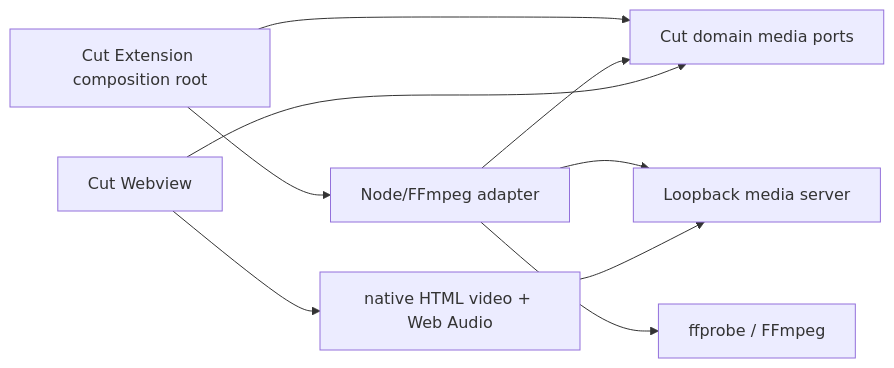
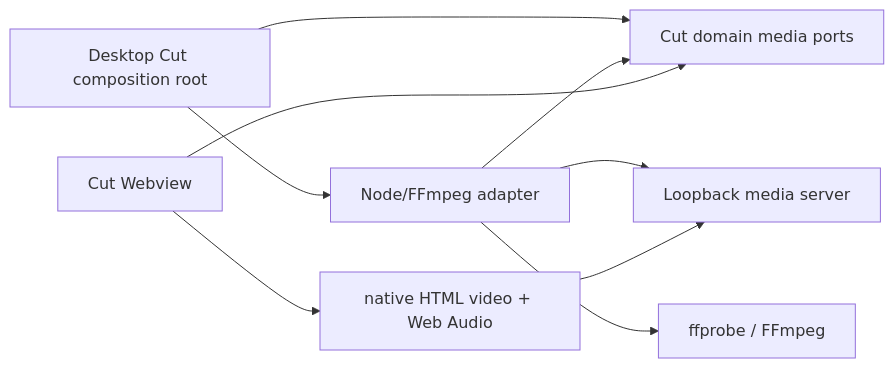
Before and after one commit to OpenNekoPaw/OpenNeko: the diagram in openspec/changes/replace-cut-engine-with-node-ffmpeg-runtime/design.md, drawn with Mermaid. The commit also changed other lines of this file and 21 other files, not shown here.

````diff
--- a/openspec/changes/replace-cut-engine-with-node-ffmpeg-runtime/design.md
+++ b/openspec/changes/replace-cut-engine-with-node-ffmpeg-runtime/design.md
@@ -21,19 +21,19 @@
 ```mermaid
 flowchart LR
   CutDomain["Cut domain media ports"]
-  Extension["Cut Extension composition root"]
+  Desktop["Desktop Cut composition root"]
   Adapter["Node/FFmpeg adapter"]
   Server["Loopback media server"]
   Webview["Cut Webview"]
   Browser["native HTML video + Web Audio"]
   Ffmpeg["ffprobe / FFmpeg"]
 
-  Extension --> CutDomain
-  Extension --> Adapter
+  Desktop --> CutDomain
+  Desktop --> Adapter
   Adapter --> CutDomain
   Adapter --> Server
   Adapter --> Ffmpeg
   Webview --> CutDomain
   Webview --> Browser
   Browser --> Server
 ```
````
